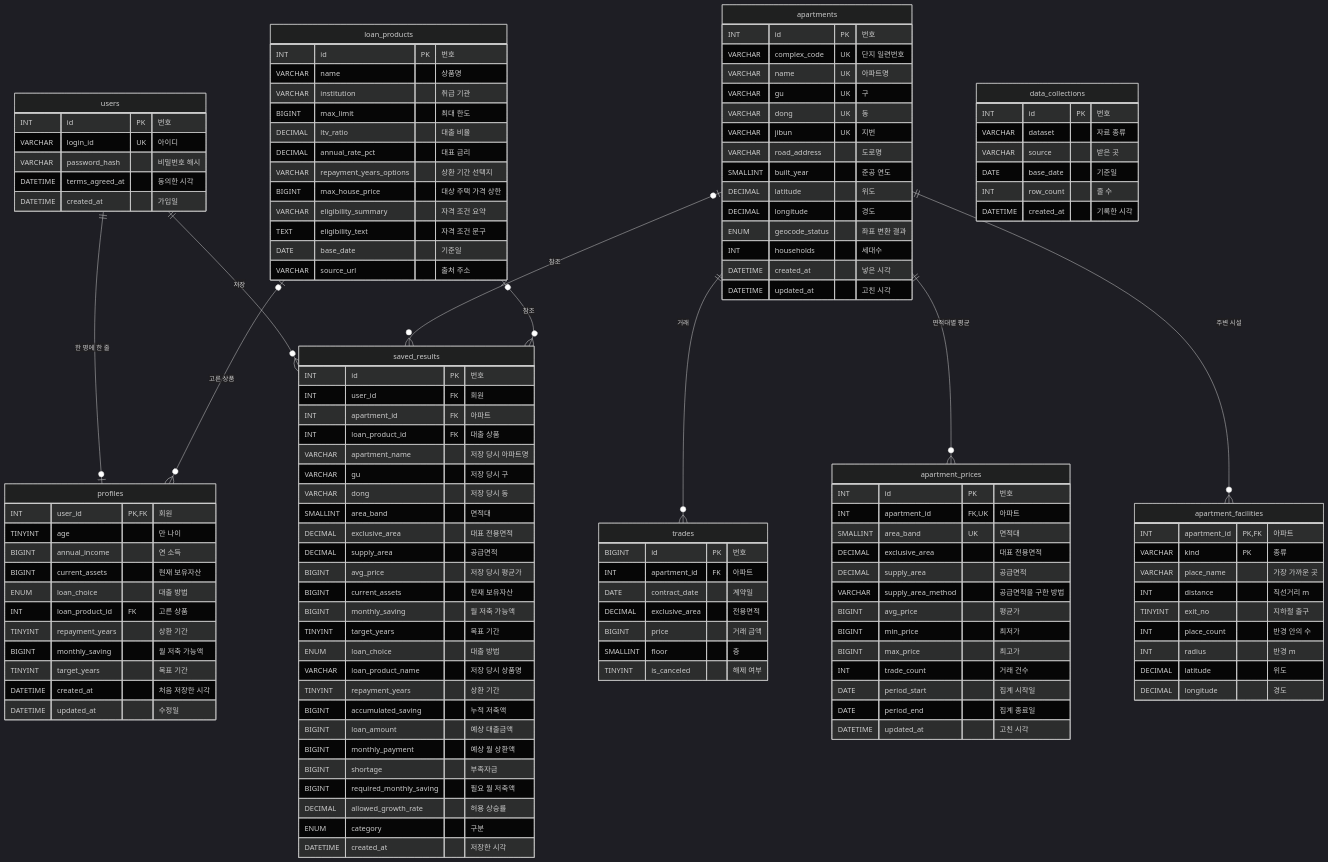
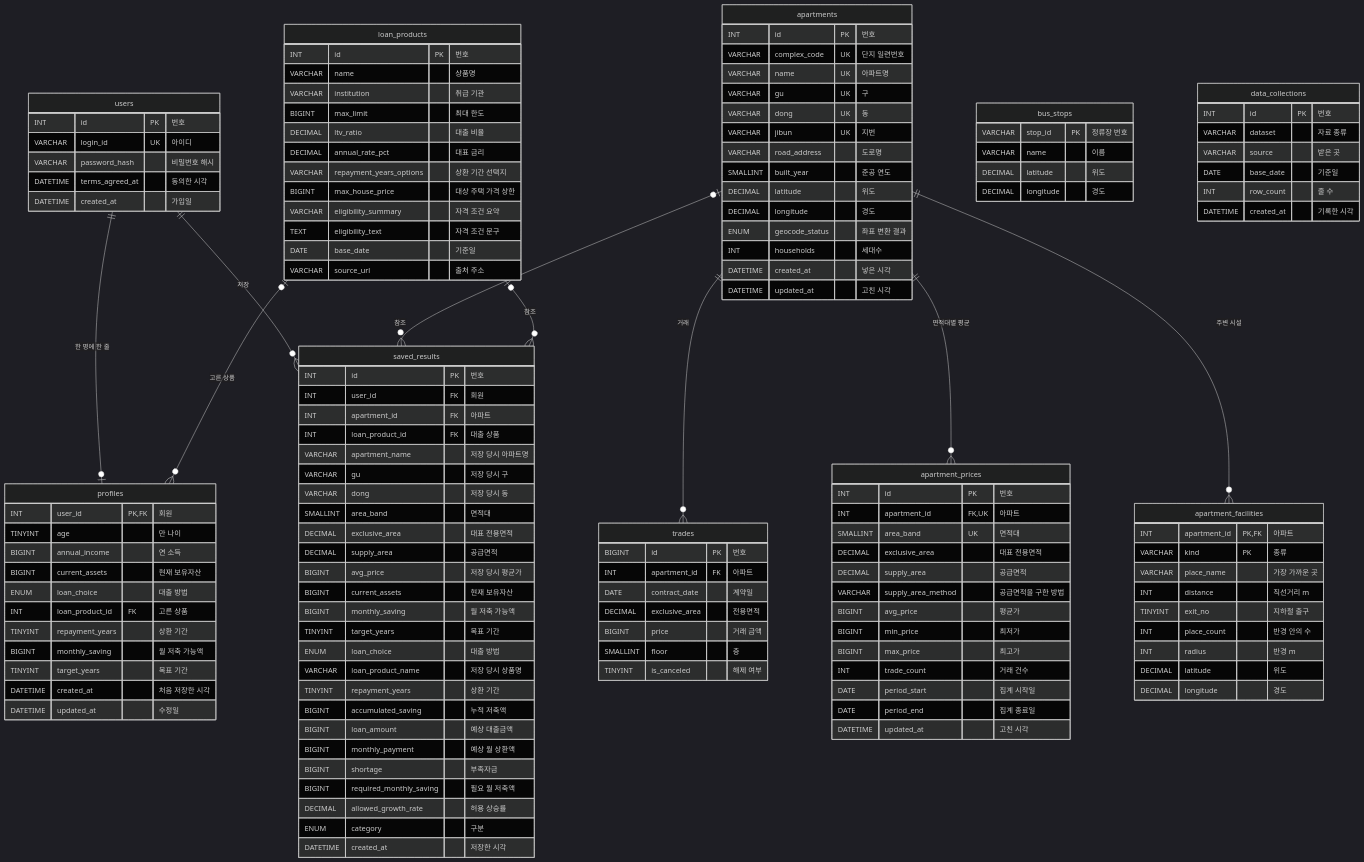
Before and after one commit to qkrcodms98-beep/Money_to_Home: the diagram in docs/04_database_design.md, drawn with Mermaid (dark theme). The commit also changed other lines of this file and 19 other files, not shown here.

```diff
--- a/docs/04_database_design.md
+++ b/docs/04_database_design.md
@@ -166,6 +167,12 @@
         DECIMAL latitude "위도"
         DECIMAL longitude "경도"
     }
+    bus_stops {
+        VARCHAR stop_id PK "정류장 번호"
+        VARCHAR name "이름"
+        DECIMAL latitude "위도"
+        DECIMAL longitude "경도"
+    }
     data_collections {
         INT id PK "번호"
         VARCHAR dataset "자료 종류"
```
